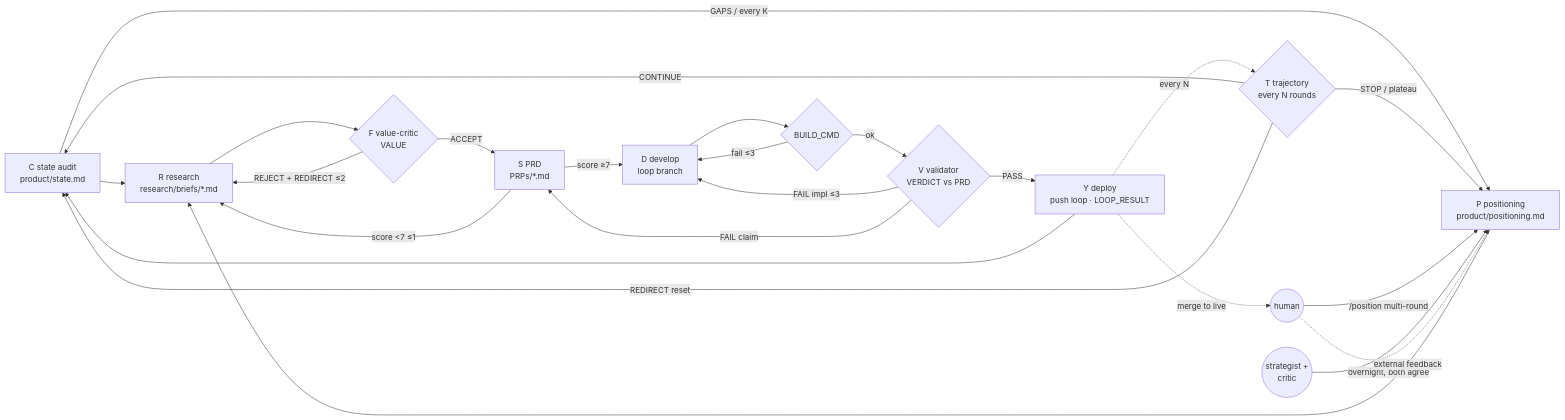
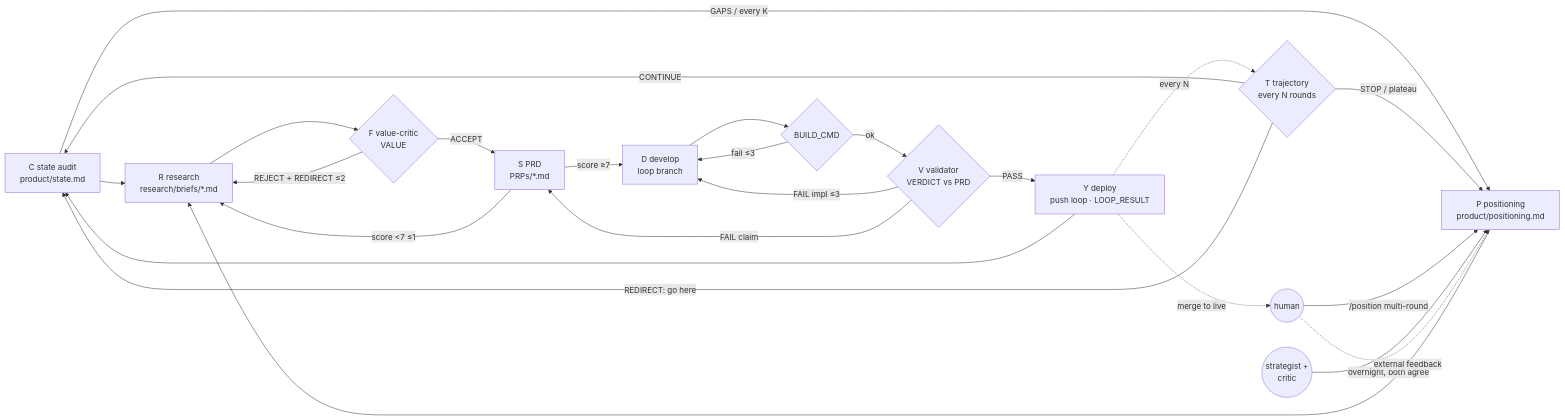
The diagram in docs/00-pipeline.md (InjayTseng/loop-engineering-on-product), drawn with Mermaid before and after one commit. The commit also changed other lines of this file and 5 other files, not shown here.

````diff
--- a/docs/00-pipeline.md
+++ b/docs/00-pipeline.md
@@ -38,39 +38,39 @@
 ```mermaid
 flowchart LR
   C[C state audit<br/>product/state.md]
   P[P positioning<br/>product/positioning.md]
   R[R research<br/>research/briefs/*.md]
   F{F value-critic<br/>VALUE}
   S[S PRD<br/>PRPs/*.md]
   D[D develop<br/>loop branch]
   B{BUILD_CMD}
   V{V validator<br/>VERDICT vs PRD}
   Y[Y deploy<br/>push loop · LOOP_RESULT]
   T{T trajectory<br/>every N rounds}
   H((human))
   A2((strategist +<br/>critic))
 
   C --> R
   C -- GAPS / every K --> P
   P --> R
   R --> F
   F -- ACCEPT --> S
   F -- REJECT + REDIRECT ≤2 --> R
   S -- score ≥7 --> D
   S -- score <7 ≤1 --> R
   D --> B
   B -- ok --> V
   B -- fail ≤3 --> D
   V -- PASS --> Y
   V -- FAIL impl ≤3 --> D
   V -- FAIL claim --> S
   Y --> C
   Y -. every N .-> T
   T -- CONTINUE --> C
-  T -- REDIRECT reset --> C
+  T -- REDIRECT: go here --> C
   T -- STOP / plateau --> P
   H -- /position multi-round --> P
   A2 -- overnight, both agree --> P
   H -. external feedback .-> P
   Y -. merge to live .-> H
 ```
````
